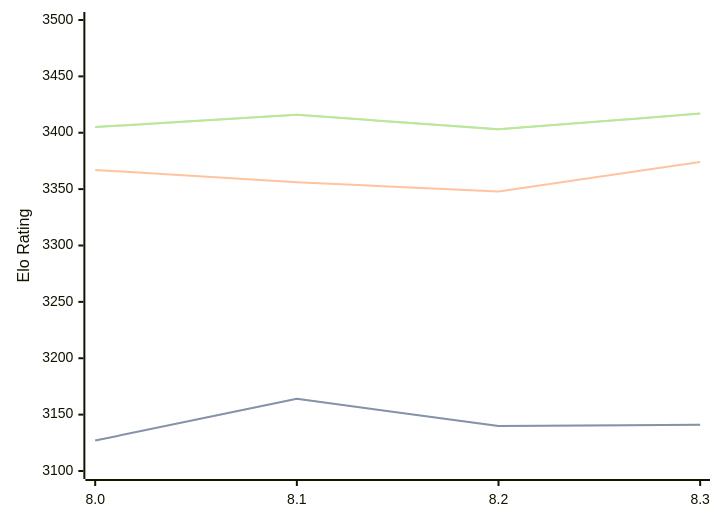
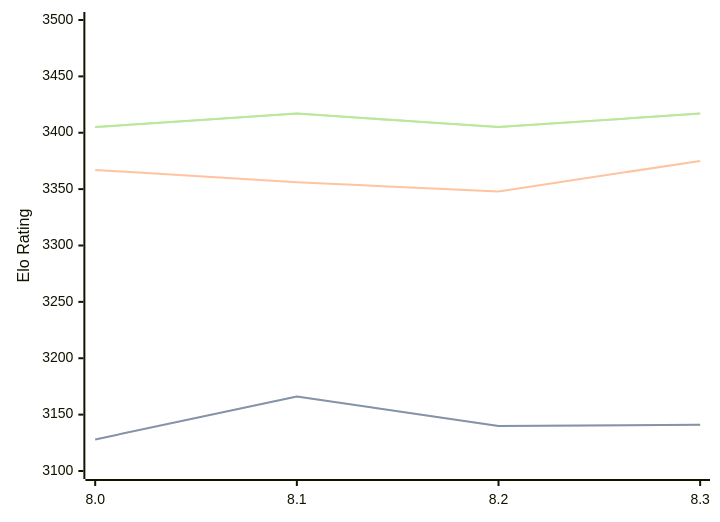
The third of 3 diagrams in engines/Alexander.md (computer-chess-index/cci), drawn with Mermaid before and after one commit. The commit also changed other lines of this file, not shown here.

Commit message:
Update CCI Ratings (ELO VLTC) - 2026-07-08

````diff
--- a/engines/Alexander.md
+++ b/engines/Alexander.md
@@ -81,11 +81,11 @@
 ```mermaid
 %%{init: {"theme":"base","themeVariables":{"seriesColors:['#a3a3a3','#222221','#faa371']}}}%%
 xychart-beta
   x-axis ["8.0", "8.1", "8.2", "8.3"]
   y-axis "Elo Rating" 3100 --> 3500
-  line "STC (8.0+0.08s)" [3127, 3164, 3140, 3141]
-  line "STC (8.0+0.08s)" [3127, 3164, 3140, 3141]
-  line "LTC (60.0+0.60s)" [3367, 3356, 3348, 3374]
-  line "VLTC (2m24s+1.12s)" [3405, 3416, 3403, 3417]
-  line "VLTC (2m24s+1.12s)" [3405, 3416, 3403, 3417]
+  line "STC (8.0+0.08s)" [3128, 3166, 3140, 3141]
+  line "STC (8.0+0.08s)" [3128, 3166, 3140, 3141]
+  line "LTC (60.0+0.60s)" [3367, 3356, 3348, 3375]
+  line "VLTC (2m24s+1.12s)" [3405, 3417, 3405, 3417]
+  line "VLTC (2m24s+1.12s)" [3405, 3417, 3405, 3417]
 ```
````
